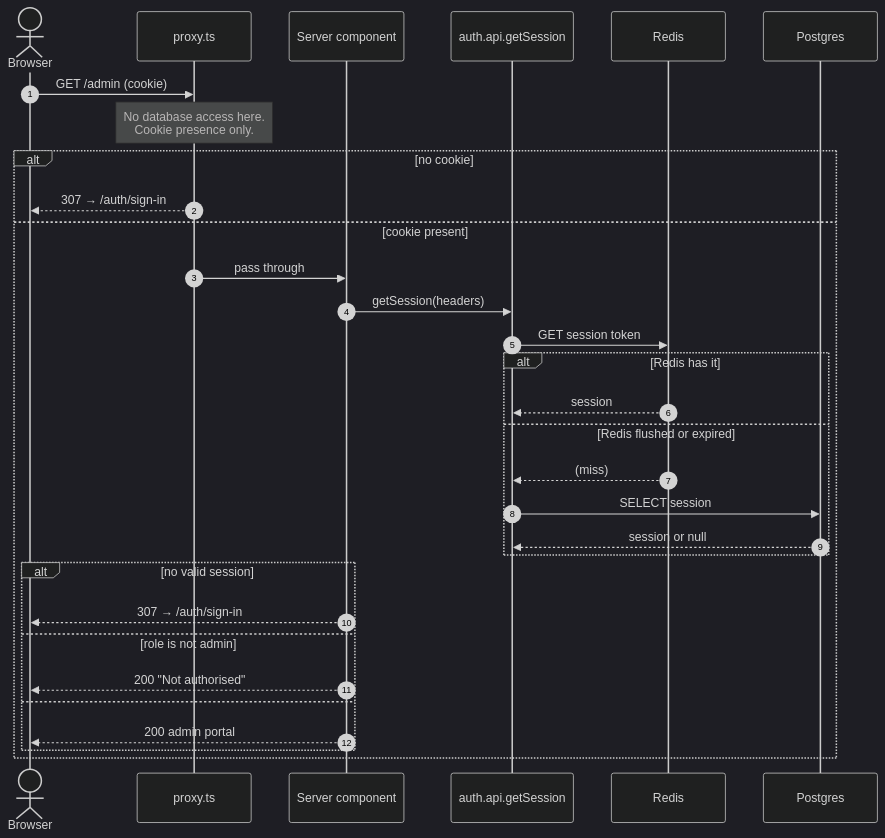
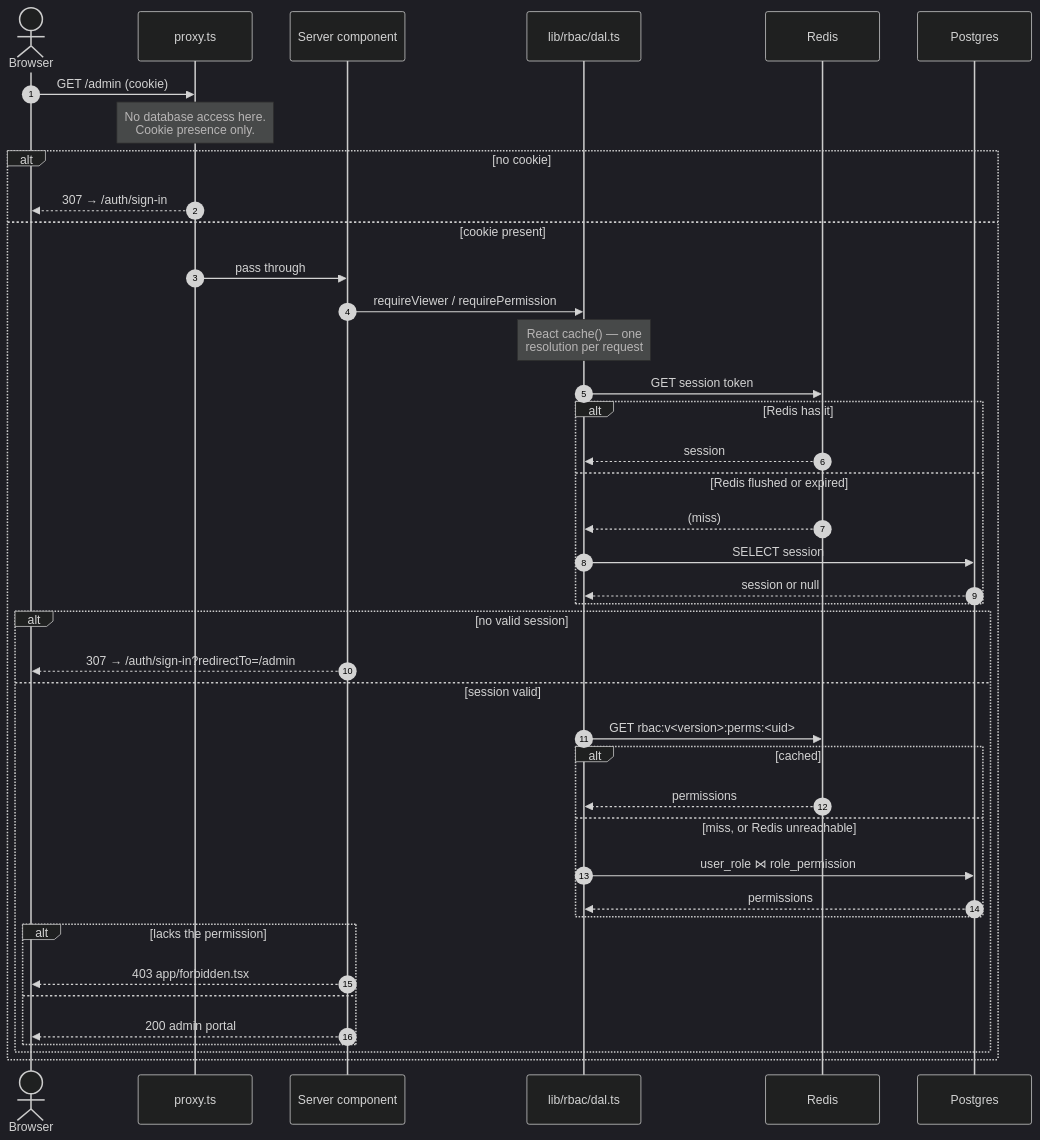
Before and after one commit to Whale-Chat-Org/whalechat: the diagram in docs/modules/auth/authorization.md, drawn with Mermaid (dark theme). The commit also changed other lines of this file and 8 other files, not shown here.

````diff
--- a/docs/modules/auth/authorization.md
+++ b/docs/modules/auth/authorization.md
@@ -31,34 +41,44 @@
 ```mermaid
 sequenceDiagram
     autonumber
     actor U as Browser
     participant P as proxy.ts
     participant Page as Server component
-    participant BA as auth.api.getSession
+    participant DAL as lib/rbac/dal.ts
     participant R as Redis
     participant PG as Postgres
 
     U->>P: GET /admin (cookie)
     Note over P: No database access here.<br/>Cookie presence only.
     alt no cookie
         P-->>U: 307 → /auth/sign-in
     else cookie present
         P->>Page: pass through
-        Page->>BA: getSession(headers)
-        BA->>R: GET session token
+        Page->>DAL: requireViewer / requirePermission
+        Note over DAL: React cache() — one<br/>resolution per request
+        DAL->>R: GET session token
         alt Redis has it
-            R-->>BA: session
+            R-->>DAL: session
         else Redis flushed or expired
-            R-->>BA: (miss)
-            BA->>PG: SELECT session
-            PG-->>BA: session or null
+            R-->>DAL: (miss)
+            DAL->>PG: SELECT session
+            PG-->>DAL: session or null
         end
         alt no valid session
-            Page-->>U: 307 → /auth/sign-in
-        else role is not admin
-            Page-->>U: 200 "Not authorised"
-        else
-            Page-->>U: 200 admin portal
+            Page-->>U: 307 → /auth/sign-in?redirectTo=/admin
+        else session valid
+            DAL->>R: GET rbac:v<version>:perms:<uid>
+            alt cached
+                R-->>DAL: permissions
+            else miss, or Redis unreachable
+                DAL->>PG: user_role ⋈ role_permission
+                PG-->>DAL: permissions
+            end
+            alt lacks the permission
+                Page-->>U: 403 app/forbidden.tsx
+            else
+                Page-->>U: 200 admin portal
+            end
         end
     end
 ```
````
